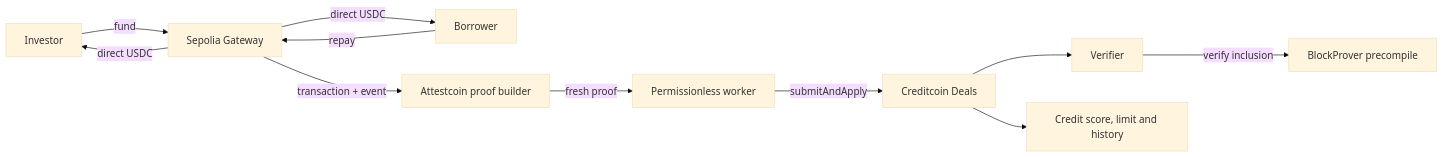
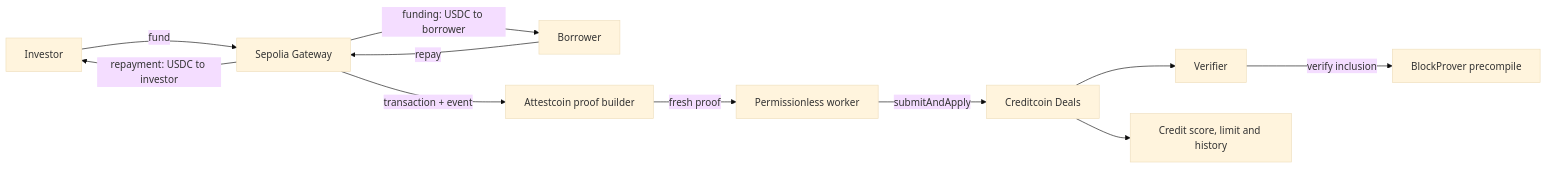
Before and after one commit to Vastargazing/Cr3dX: the diagram in README.md, drawn with Mermaid (base theme). The commit also changed other lines of this file and 3 other files, not shown here.

````diff
--- a/README.md
+++ b/README.md
@@ -29,13 +29,13 @@
 ```mermaid
 flowchart LR
     I[Investor] -->|fund| G[Sepolia Gateway]
     R[Borrower] -->|repay| G
-    G -->|direct USDC| R
-    G -->|direct USDC| I
+    G -->|funding: USDC to borrower| R
+    G -->|repayment: USDC to investor| I
     G -->|transaction + event| A[Attestcoin proof builder]
     A -->|fresh proof| W[Permissionless worker]
     W -->|submitAndApply| D[Creditcoin Deals]
     D --> V[Verifier]
     V -->|verify inclusion| B[BlockProver precompile]
     D --> C[Credit score, limit and history]
 ```
````
